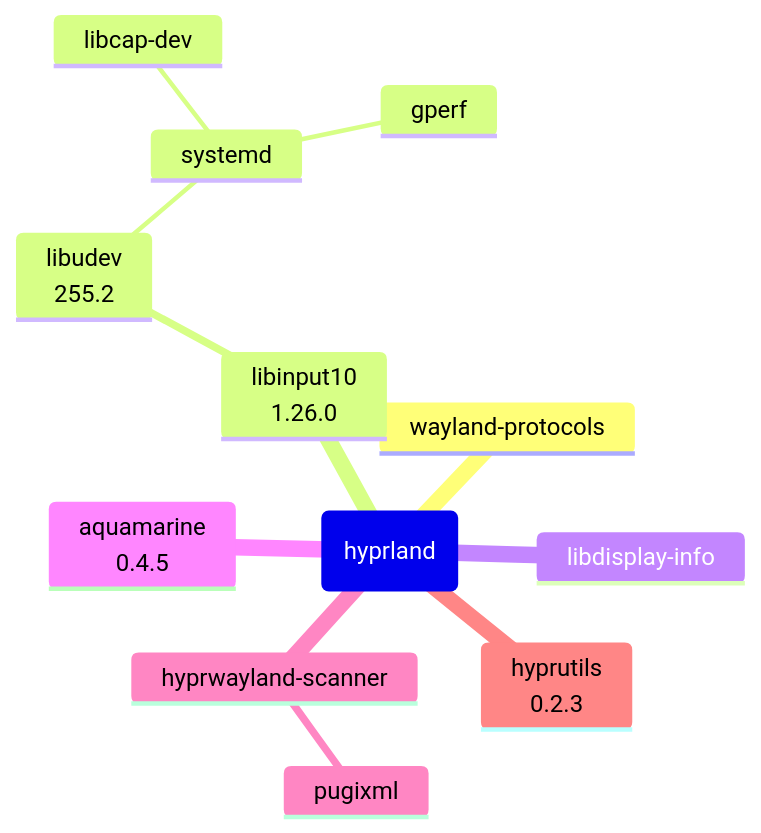
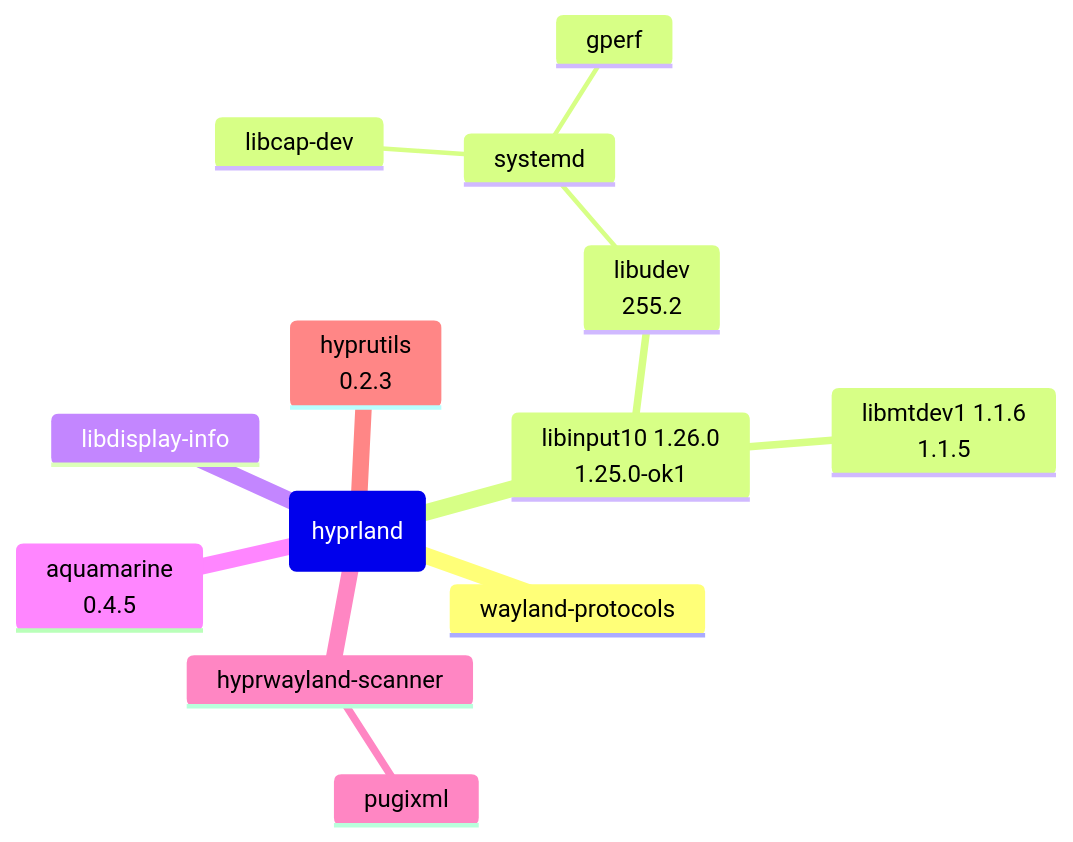
Before and after one commit to lucmann/lucmann.github.io: the diagram in source/_posts/lnx/ok.md, drawn with Mermaid.

Commit message:
linux: update libinput 1.25.0 depends

````diff
--- a/source/_posts/lnx/ok.md
+++ b/source/_posts/lnx/ok.md
@@ -558,15 +558,16 @@
 ```mermaid
 mindmap
   root(hyprland)
     wayland-protocols
-    libinput10<br>1.26.0
+    libinput10 1.26.0<br>1.25.0-ok1
       libudev<br>255.2
         systemd
           libcap-dev
           gperf
+      libmtdev1 1.1.6<br>1.1.5
     libdisplay-info
     aquamarine<br>0.4.5
     hyprwayland-scanner
       pugixml
     hyprutils<br>0.2.3
 ```
````
